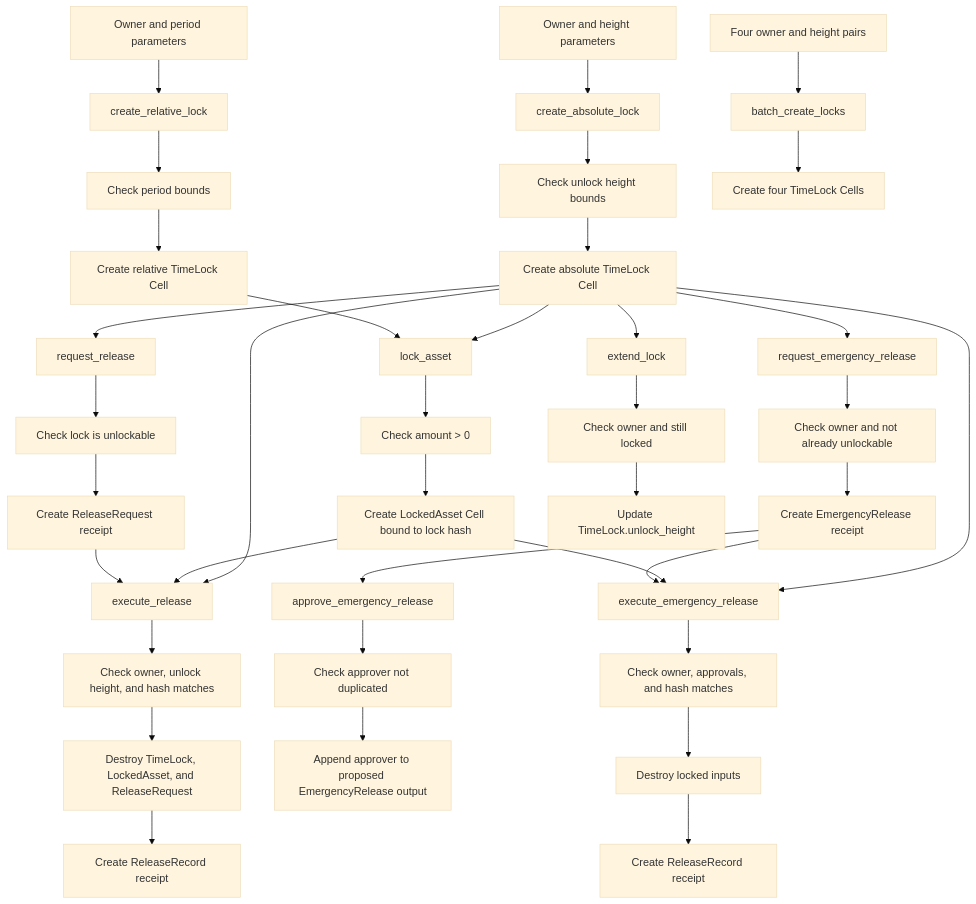
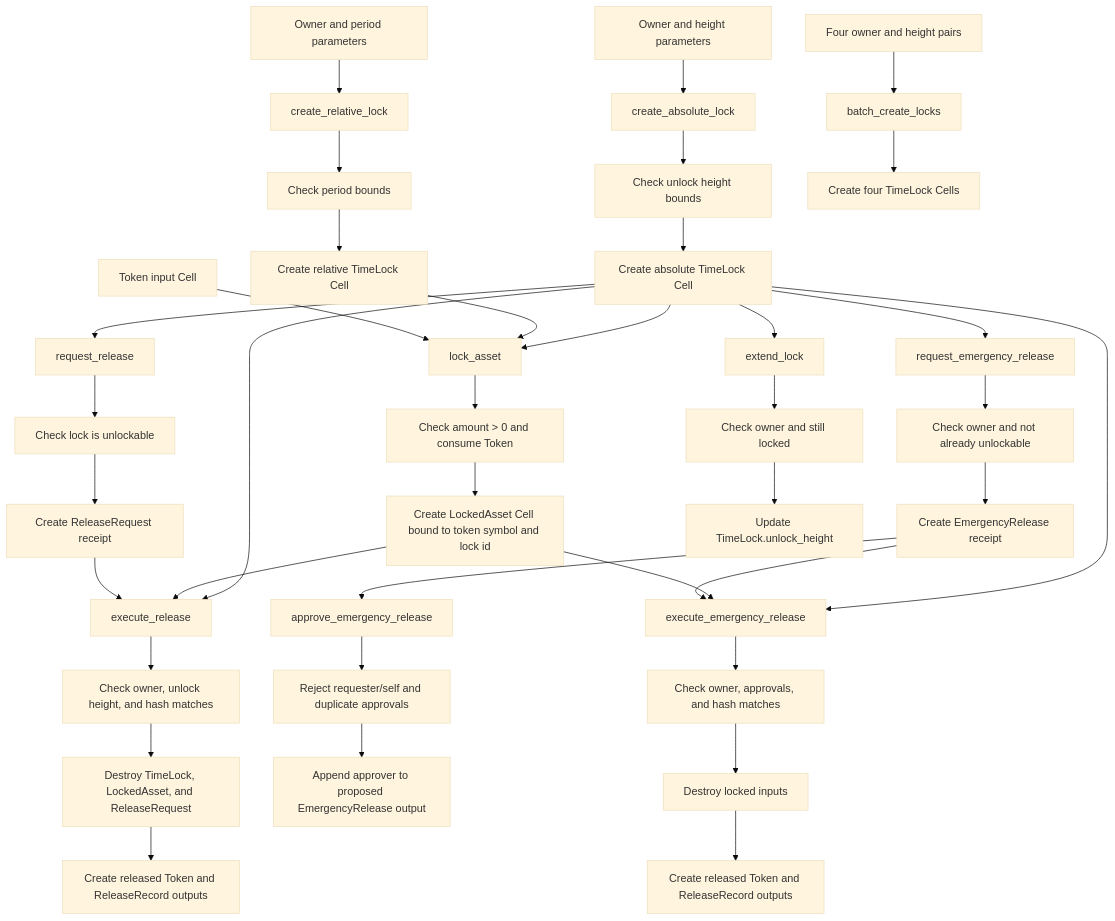
The eighth of 12 diagrams in docs/CELLSCRIPT_EXAMPLE_BUSINESS_FLOWS.md (CellScript-Labs/CellScript), drawn with Mermaid (base theme) before and after one commit. The commit also changed other lines of this file and 61 other files, not shown here.

````diff
--- a/docs/CELLSCRIPT_EXAMPLE_BUSINESS_FLOWS.md
+++ b/docs/CELLSCRIPT_EXAMPLE_BUSINESS_FLOWS.md
@@ -290,48 +295,49 @@
 ```mermaid
 flowchart TD
     A["Owner and height parameters"] --> B["create_absolute_lock"]
     B --> C["Check unlock height bounds"]
     C --> D["Create absolute TimeLock Cell"]
 
     E["Owner and period parameters"] --> F["create_relative_lock"]
     F --> G["Check period bounds"]
     G --> H["Create relative TimeLock Cell"]
 
     D --> I["lock_asset"]
     H --> I
-    I --> J["Check amount > 0"]
-    J --> K["Create LockedAsset Cell bound to lock hash"]
+    BA["Token input Cell"] --> I
+    I --> J["Check amount > 0 and consume Token"]
+    J --> K["Create LockedAsset Cell bound to token symbol and lock id"]
 
     D --> L["request_release"]
     L --> M["Check lock is unlockable"]
     M --> N["Create ReleaseRequest receipt"]
 
     D --> O["execute_release"]
     K --> O
     N --> O
     O --> P["Check owner, unlock height, and hash matches"]
     P --> Q["Destroy TimeLock, LockedAsset, and ReleaseRequest"]
-    Q --> R["Create ReleaseRecord receipt"]
+    Q --> R["Create released Token and ReleaseRecord outputs"]
 
     D --> S["request_emergency_release"]
     S --> T["Check owner and not already unlockable"]
     T --> U["Create EmergencyRelease receipt"]
 
     U --> V["approve_emergency_release"]
-    V --> W["Check approver not duplicated"]
+    V --> W["Reject requester/self and duplicate approvals"]
     W --> X["Append approver to proposed EmergencyRelease output"]
 
     D --> Y["execute_emergency_release"]
     K --> Y
     U --> Y
     Y --> Z["Check owner, approvals, and hash matches"]
     Z --> AA["Destroy locked inputs"]
-    AA --> AB["Create ReleaseRecord receipt"]
+    AA --> AB["Create released Token and ReleaseRecord outputs"]
 
     D --> AC["extend_lock"]
     AC --> AD["Check owner and still locked"]
     AD --> AE["Update TimeLock.unlock_height"]
 
     AF["Four owner and height pairs"] --> AG["batch_create_locks"]
     AG --> AH["Create four TimeLock Cells"]
 ```
````
